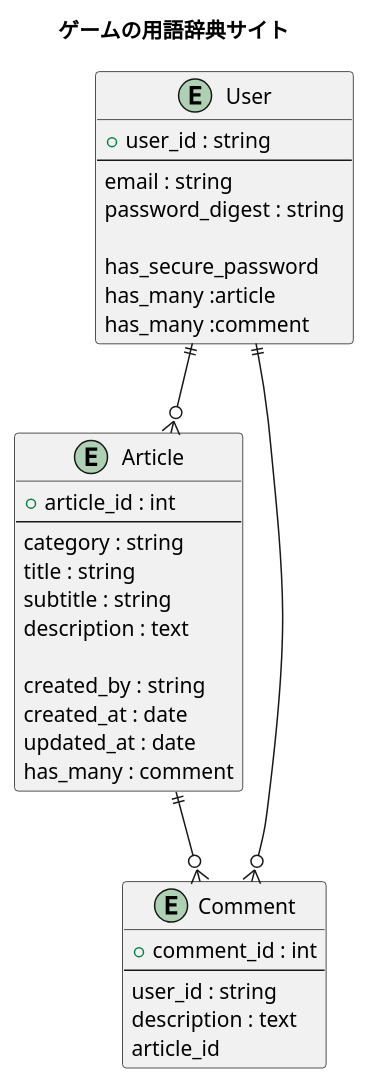
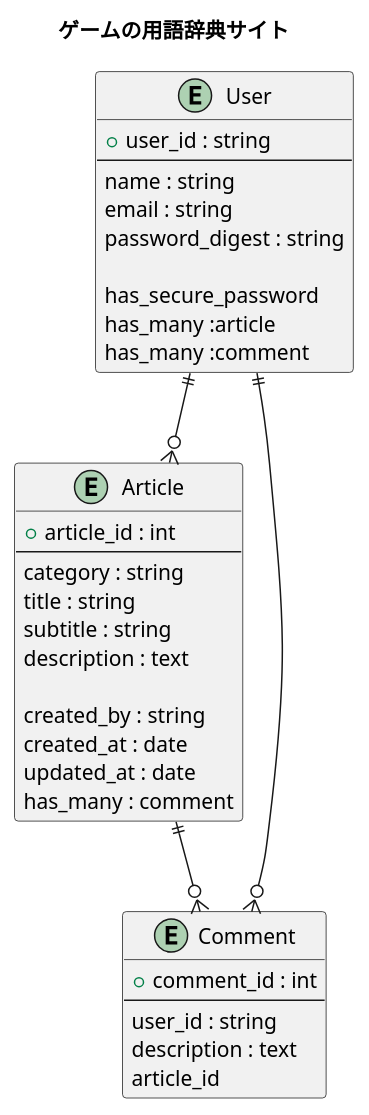
One commit to yu-suke0919/dxd_glossary_rails changed the diagram in docs/plantuml/アプリ_ER図.pu. Above: the diagram before and after it, drawn with PlantUML.

Commit message:
User_nameカラムを追加(設計時には必要だと想定していたものの、記入漏れしていた)

```diff
--- a/docs/plantuml/アプリ_ER図.pu
+++ b/docs/plantuml/アプリ_ER図.pu
@@ -1,43 +1,44 @@
 @startuml
 title ゲームの用語辞典サイト
 
 entity User {
   + user_id : string
   --
+  name : string
   email : string
   password_digest : string
 
   has_secure_password
   has_many :article
   has_many :comment
 }
 
 entity Article {
   + article_id : int
   --
   category : string
   title : string
   subtitle : string
   description : text
 
   created_by : string
   created_at : date
   updated_at : date
   has_many : comment
 }
 
 entity Comment {
   + comment_id : int
   --
   user_id : string
   description : text
   article_id
 }
 
 
 
 User ||--o{ Article
 Article ||--o{ Comment
 User ||--o{ Comment
 
 @enduml
```
